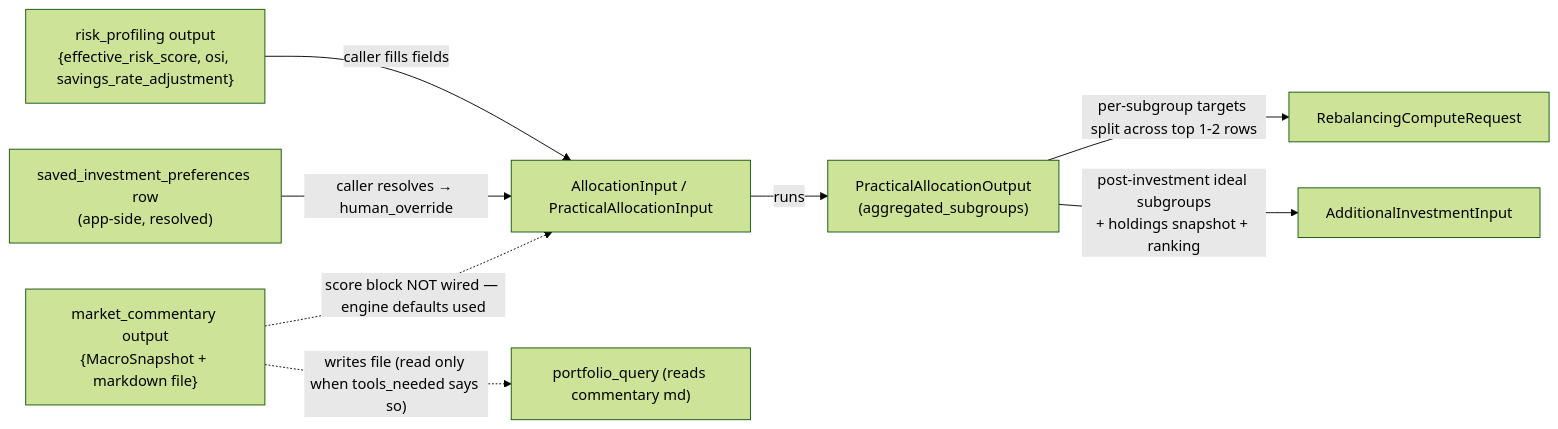
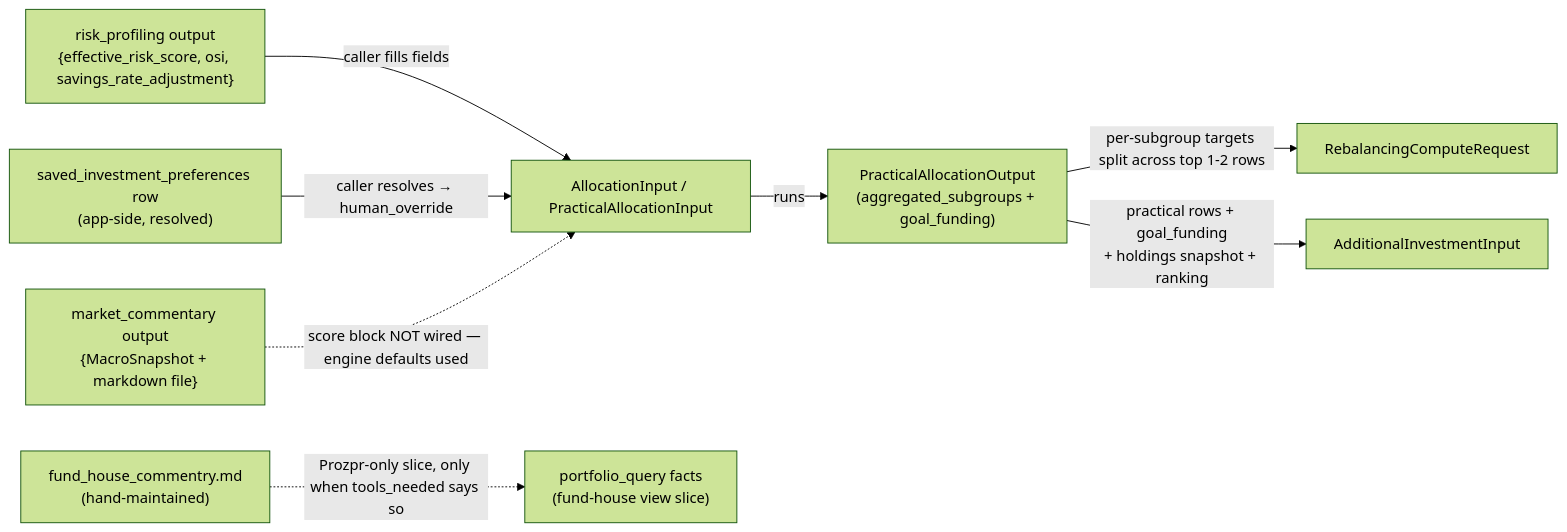
Before and after one commit to tilly5317-lab/Prozpr_Backend: the third of 3 diagrams in AI_Agents/Reference_docs/Tech_reference_docs/ARCHITECTURE.md, drawn with Mermaid (forest theme). The commit also changed other lines of this file and 23 other files, not shown here.

````diff
--- a/AI_Agents/Reference_docs/Tech_reference_docs/ARCHITECTURE.md
+++ b/AI_Agents/Reference_docs/Tech_reference_docs/ARCHITECTURE.md
@@ -470,19 +487,20 @@
 ```mermaid
 flowchart LR
     RP_out["risk_profiling output<br/>{effective_risk_score, osi, savings_rate_adjustment}"]
     MC_out["market_commentary output<br/>{MacroSnapshot + markdown file}"]
+    FHV_file["fund_house_commentry.md<br/>(hand-maintained)"]
     AA_in["AllocationInput / PracticalAllocationInput"]
-    PA_out["PracticalAllocationOutput<br/>(aggregated_subgroups)"]
+    PA_out["PracticalAllocationOutput<br/>(aggregated_subgroups + goal_funding)"]
     RB_in["RebalancingComputeRequest"]
     AINV_in["AdditionalInvestmentInput"]
-    PQ_in["portfolio_query (reads commentary md)"]
+    PQ_in["portfolio_query facts<br/>(fund-house view slice)"]
     PREF["saved_investment_preferences row<br/>(app-side, resolved)"]
 
     RP_out -->|"caller fills fields"| AA_in
     PREF -->|"caller resolves → human_override"| AA_in
     MC_out -.->|"score block NOT wired — engine defaults used"| AA_in
-    MC_out -.->|"writes file (read only when tools_needed says so)"| PQ_in
+    FHV_file -.->|"Prozpr-only slice, only when tools_needed says so"| PQ_in
     AA_in -->|"runs"| PA_out
     PA_out -->|"per-subgroup targets split across top 1-2 rows"| RB_in
-    PA_out -->|"post-investment ideal subgroups<br/>+ holdings snapshot + ranking"| AINV_in
+    PA_out -->|"practical rows + goal_funding<br/>+ holdings snapshot + ranking"| AINV_in
 ```
````
